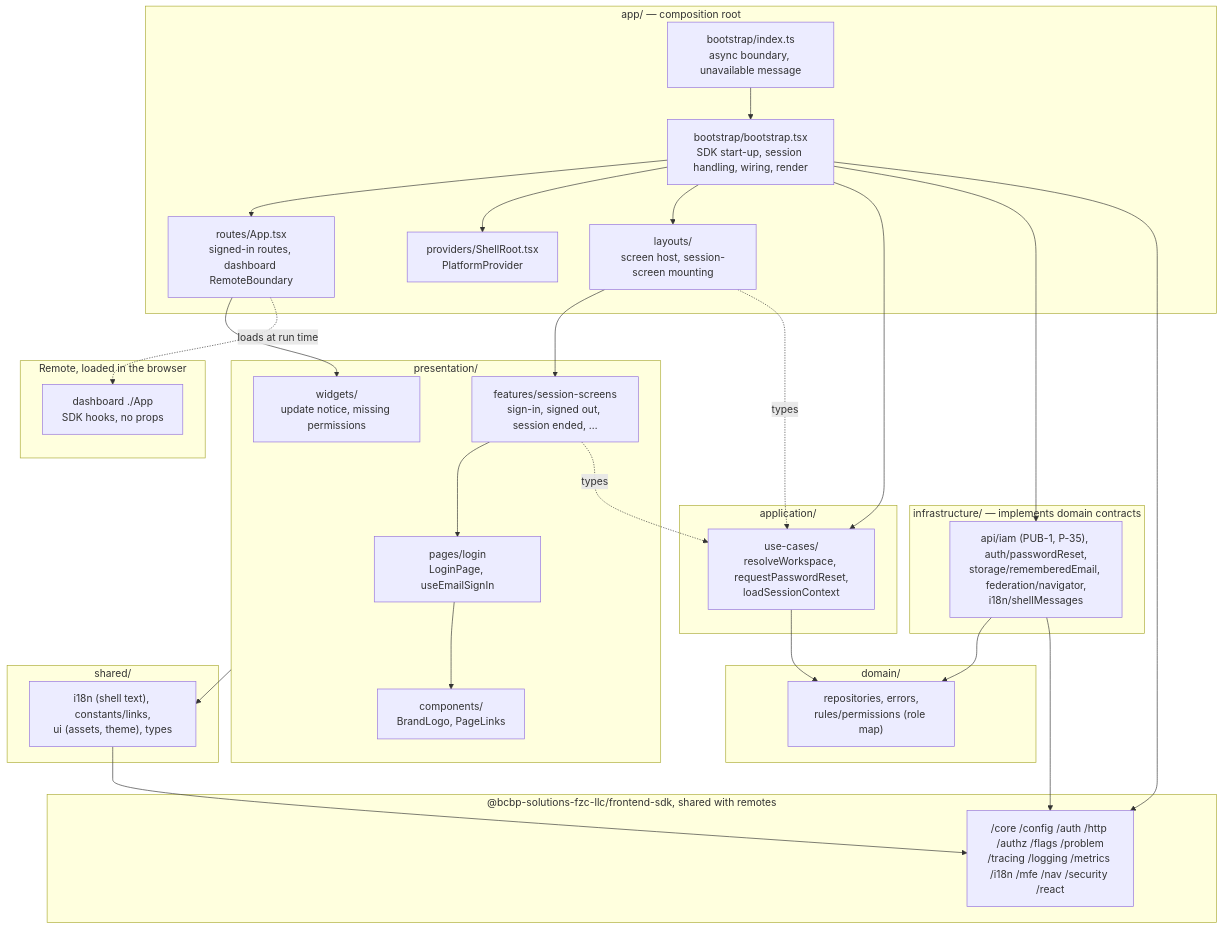
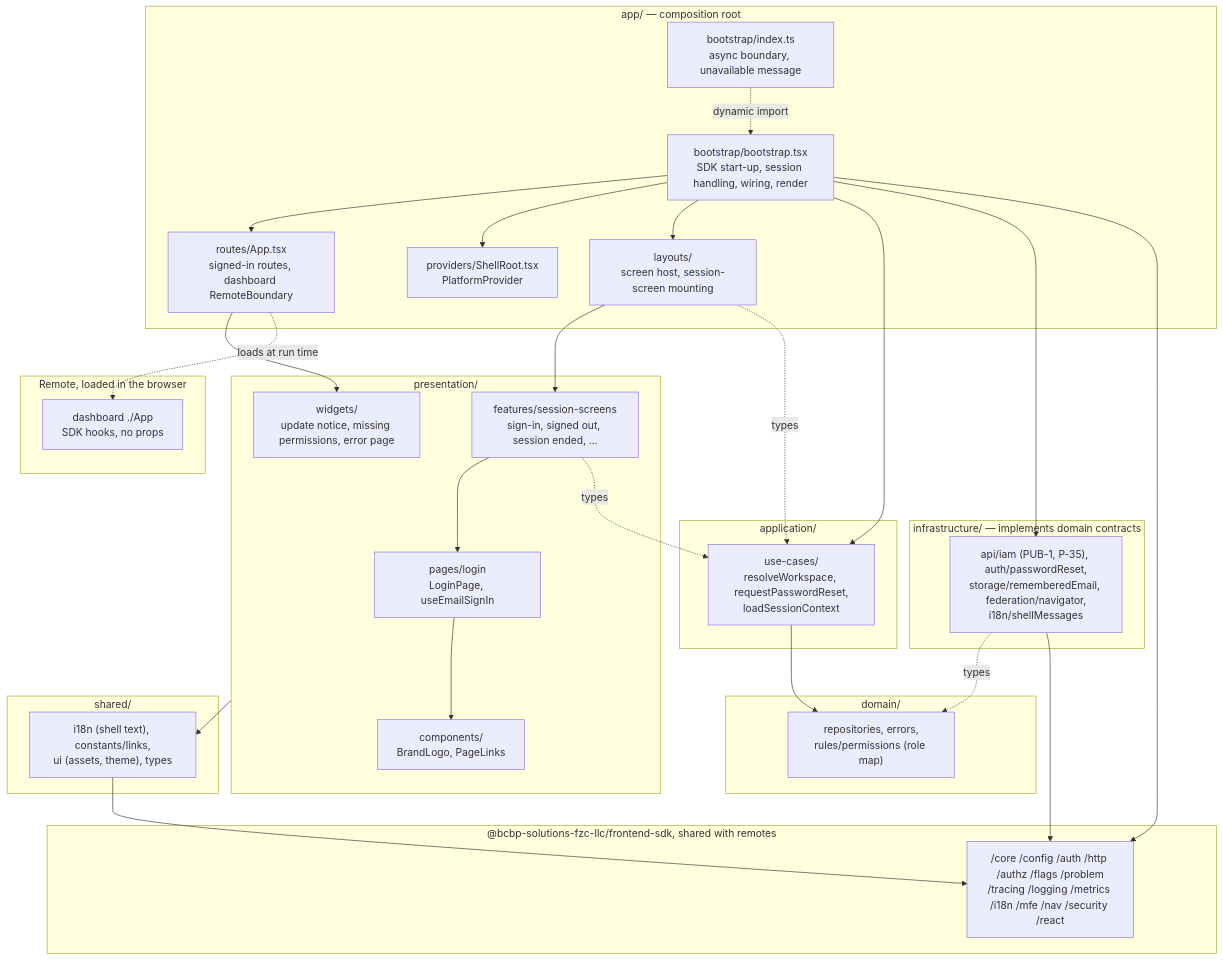
The diagram in docs/architecture/mermaid/layer-model.mmd (BCBP-SOLUTIONS-FZC-LLC/web-shell), drawn with Mermaid before and after one commit. The commit also changed 11 other files, not shown here.

First line of the commit message:
Align the LLD, README, ARCHITECTURE and .claude with main after #45–#60. (#61)

```diff
--- a/docs/architecture/mermaid/layer-model.mmd
+++ b/docs/architecture/mermaid/layer-model.mmd
@@ -1,59 +1,59 @@
 graph TD
     subgraph app["app/ — composition root"]
         index["bootstrap/index.ts\nasync boundary, unavailable message"]
         boot["bootstrap/bootstrap.tsx\nSDK start-up, session handling, wiring, render"]
         routes["routes/App.tsx\nsigned-in routes, dashboard RemoteBoundary"]
         providers["providers/ShellRoot.tsx\nPlatformProvider"]
         layouts["layouts/\nscreen host, session-screen mounting"]
     end
 
     subgraph presentation["presentation/"]
         pages["pages/login\nLoginPage, useEmailSignIn"]
         features["features/session-screens\nsign-in, signed out, session ended, …"]
-        widgets["widgets/\nupdate notice, missing permissions"]
+        widgets["widgets/\nupdate notice, missing permissions, error page"]
         components["components/\nBrandLogo, PageLinks"]
     end
 
     subgraph application["application/"]
         usecases["use-cases/\nresolveWorkspace, requestPasswordReset,\nloadSessionContext"]
     end
 
     subgraph domain["domain/"]
         dom["repositories, errors,\nrules/permissions (role map)"]
     end
 
     subgraph infrastructure["infrastructure/ — implements domain contracts"]
         infra["api/iam (PUB-1, P-35), auth/passwordReset,\nstorage/rememberedEmail, federation/navigator,\ni18n/shellMessages"]
     end
 
     subgraph shared["shared/"]
         sh["i18n (shell text), constants/links,\nui (assets, theme), types"]
     end
 
     subgraph sdk["@bcbp-solutions-fzc-llc/frontend-sdk, shared with remotes"]
         sdkmods["/core /config /auth /http /authz /flags /problem\n/tracing /logging /metrics /i18n /mfe /nav /security /react"]
     end
 
     subgraph remote["Remote, loaded in the browser"]
         dashboard["dashboard ./App\nSDK hooks, no props"]
     end
 
-    index --> boot
+    index -. dynamic import .-> boot
     boot --> routes
     boot --> providers
     boot --> layouts
     boot --> usecases
     boot --> infra
     boot --> sdkmods
     routes --> widgets
     routes -. loads at run time .-> dashboard
     layouts --> features
     features --> pages
     pages --> components
     features -. types .-> usecases
     layouts -. types .-> usecases
     usecases --> dom
-    infra --> dom
+    infra -. types .-> dom
     infra --> sdkmods
     presentation --> sh
     sh --> sdkmods
```
